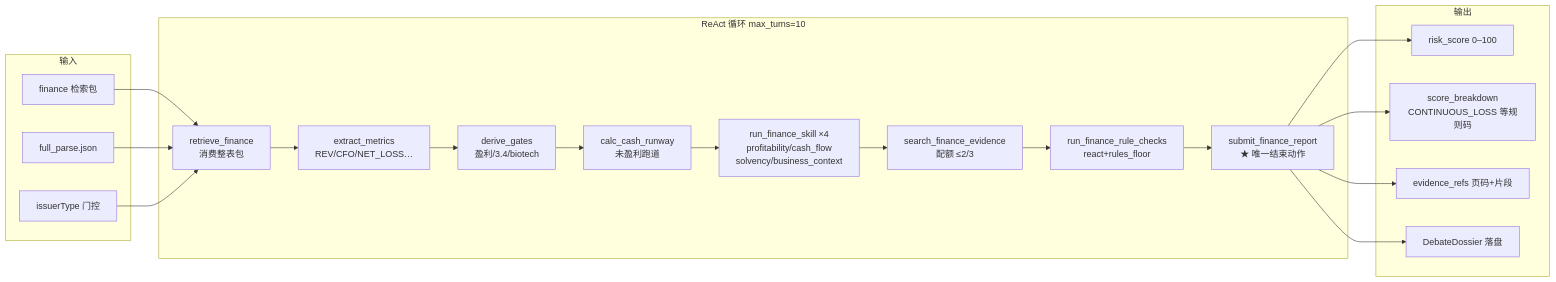
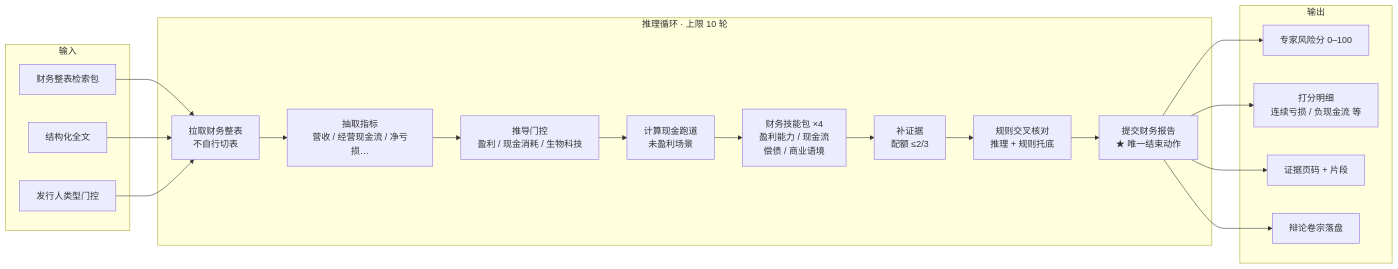
The fifth of 8 diagrams in agents/hk_ipo_risk/docs/multi_agent_architecture_diagrams.md (uianian/IPOI), drawn with Mermaid before and after one commit. The commit also changed other lines of this file, not shown here.

First line of the commit message:
docs: 中文化多智能体架构图并补充字段口径对照表

````diff
--- a/agents/hk_ipo_risk/docs/multi_agent_architecture_diagrams.md
+++ b/agents/hk_ipo_risk/docs/multi_agent_architecture_diagrams.md
@@ -327,29 +393,29 @@
 ```mermaid
 flowchart LR
     subgraph FIN_IN["输入"]
-        FI1["finance 检索包"]
-        FI2["full_parse.json"]
-        FI3["issuerType 门控"]
+        FI1["财务整表检索包"]
+        FI2["结构化全文"]
+        FI3["发行人类型门控"]
     end
 
-    subgraph FIN_REACT["ReAct 循环 max_turns=10"]
-        FT1["retrieve_finance<br/>消费整表包"]
-        FT2["extract_metrics<br/>REV/CFO/NET_LOSS…"]
-        FT3["derive_gates<br/>盈利/3.4/biotech"]
-        FT4["calc_cash_runway<br/>未盈利跑道"]
-        FT5["run_finance_skill ×4<br/>profitability/cash_flow<br/>solvency/business_context"]
-        FT6["search_finance_evidence<br/>配额 ≤2/3"]
-        FT7["run_finance_rule_checks<br/>react+rules_floor"]
-        FT8["submit_finance_report<br/>★ 唯一结束动作"]
+    subgraph FIN_REACT["推理循环 · 上限 10 轮"]
+        FT1["拉取财务整表<br/>不自行切表"]
+        FT2["抽取指标<br/>营收 / 经营现金流 / 净亏损…"]
+        FT3["推导门控<br/>盈利 / 现金消耗 / 生物科技"]
+        FT4["计算现金跑道<br/>未盈利场景"]
+        FT5["财务技能包 ×4<br/>盈利能力 / 现金流<br/>偿债 / 商业语境"]
+        FT6["补证据<br/>配额 ≤2/3"]
+        FT7["规则交叉核对<br/>推理 + 规则托底"]
+        FT8["提交财务报告<br/>★ 唯一结束动作"]
     end
 
     subgraph FIN_OUT["输出"]
-        FO1["risk_score 0–100"]
-        FO2["score_breakdown<br/>CONTINUOUS_LOSS 等规则码"]
-        FO3["evidence_refs 页码+片段"]
-        FO4["DebateDossier 落盘"]
+        FO1["专家风险分 0–100"]
+        FO2["打分明细<br/>连续亏损 / 负现金流 等"]
+        FO3["证据页码 + 片段"]
+        FO4["辩论卷宗落盘"]
     end
 
     FI1 & FI2 & FI3 --> FT1 --> FT2 --> FT3 --> FT4 --> FT5 --> FT6 --> FT7 --> FT8
     FT8 --> FO1 & FO2 & FO3 & FO4
 ```
````
